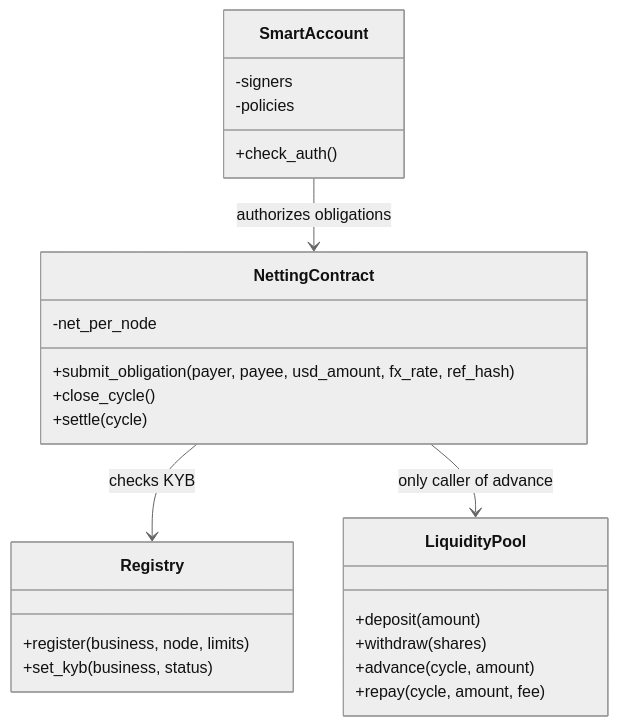
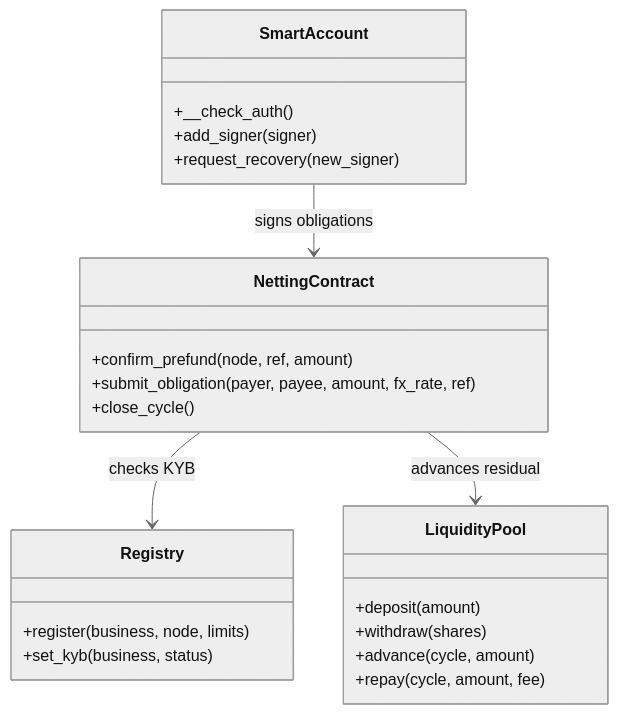
Before and after one commit to Rift-FI/Documents: the fourth of 6 diagrams in Architecture.md, drawn with Mermaid (neutral theme). The commit also changed other lines of this file, not shown here.

````diff
--- a/Architecture.md
+++ b/Architecture.md
@@ -125,27 +118,26 @@
 ```mermaid
 classDiagram
   class Registry {
     +register(business, node, limits)
     +set_kyb(business, status)
   }
   class NettingContract {
-    -net_per_node
-    +submit_obligation(payer, payee, usd_amount, fx_rate, ref_hash)
+    +confirm_prefund(node, ref, amount)
+    +submit_obligation(payer, payee, amount, fx_rate, ref)
     +close_cycle()
-    +settle(cycle)
   }
   class LiquidityPool {
     +deposit(amount)
     +withdraw(shares)
     +advance(cycle, amount)
     +repay(cycle, amount, fee)
   }
   class SmartAccount {
-    -signers
-    -policies
-    +check_auth()
+    +__check_auth()
+    +add_signer(signer)
+    +request_recovery(new_signer)
   }
   NettingContract --> Registry : checks KYB
-  NettingContract --> LiquidityPool : only caller of advance
-  SmartAccount --> NettingContract : authorizes obligations
+  NettingContract --> LiquidityPool : advances residual
+  SmartAccount --> NettingContract : signs obligations
 ```
````
